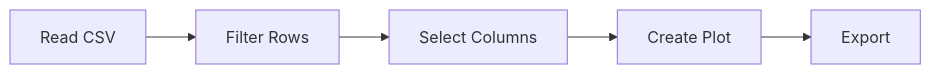
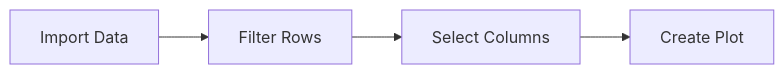
Before and after one commit to BristolMyersSquibb/blockr: the diagram in docs/index.qmd, drawn with Mermaid. The commit also changed other lines of this file and 4 other files, not shown here.

````diff
--- a/docs/index.qmd
+++ b/docs/index.qmd
@@ -34,8 +9,7 @@
 ```{mermaid}
 %%| echo: false
 flowchart LR
-    A[Read CSV] --> B[Filter Rows]
+    A[Import Data] --> B[Filter Rows]
     B --> C[Select Columns]
     C --> D[Create Plot]
-    D --> E[Export]
 ```
````
